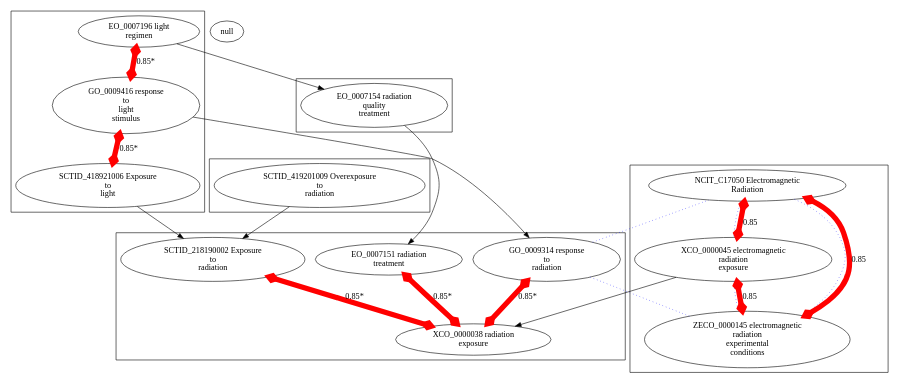
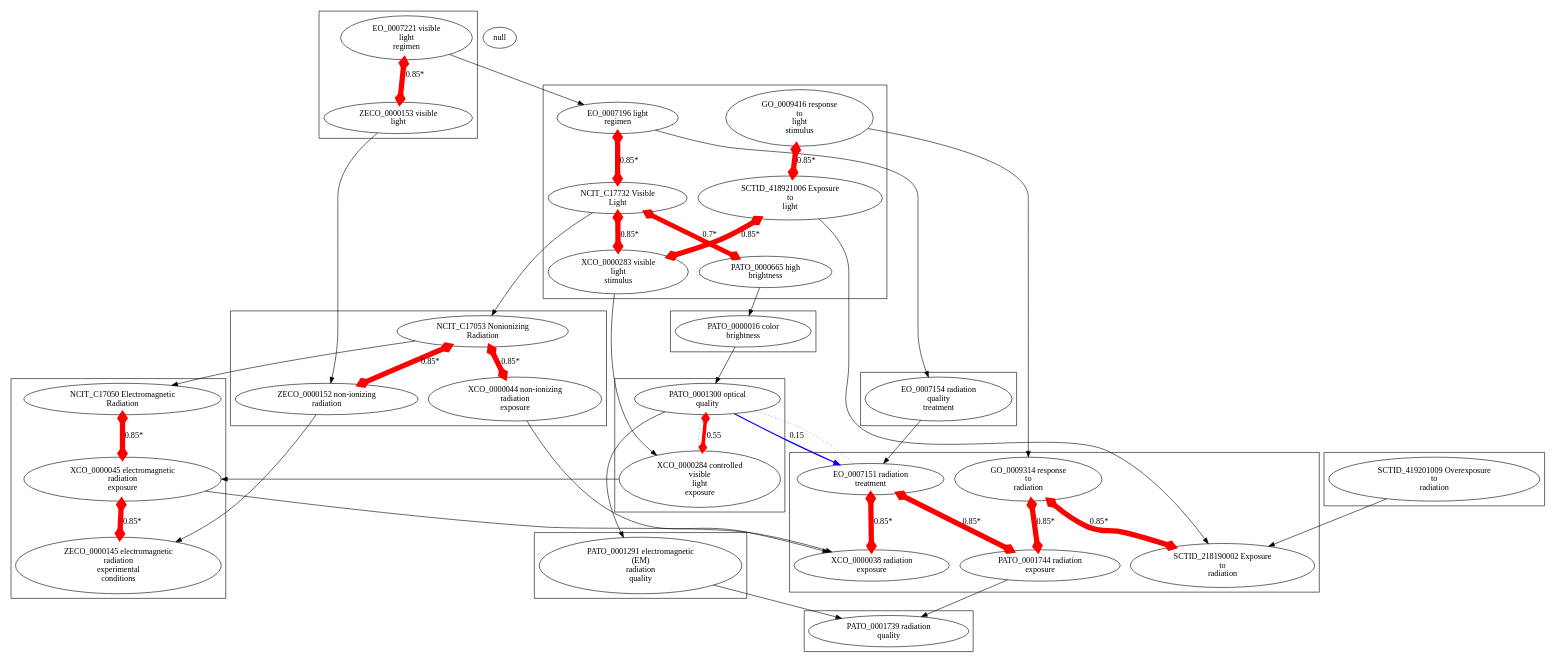
Before and after one commit to cmungall/radiation-ontology: the diagram in target/img-EO_0007154.dot, drawn with Graphviz. The commit also changed 28 other files, not shown here.

```diff
--- a/target/img-EO_0007154.dot
+++ b/target/img-EO_0007154.dot
@@ -1,76 +1,153 @@
 digraph cliquegraph {
 subgraph cluster_EO_0007154 {EO_0007154 [ label="EO_0007154 radiation
 quality
 treatment" ];}
 
+subgraph cluster_PATO_0001744 {PATO_0001744 [ label="PATO_0001744 radiation
+exposure" ];
+GO_0009314 [ label="GO_0009314 response
+to
+radiation" ];
+EO_0007151 [ label="EO_0007151 radiation
+treatment" ];
+XCO_0000038 [ label="XCO_0000038 radiation
+exposure" ];
+SCTID_218190002 [ label="SCTID_218190002 Exposure
+to
+radiation" ];}
+
+subgraph cluster_PATO_0000016 {PATO_0000016 [ label="PATO_0000016 color
+brightness" ];}
+
+subgraph cluster_ZECO_0000153 {ZECO_0000153 [ label="ZECO_0000153 visible
+light" ];
+EO_0007221 [ label="EO_0007221 visible
+light
+regimen" ];}
+
+subgraph cluster_SCTID_419201009 {SCTID_419201009 [ label="SCTID_419201009 Overexposure
+to
+radiation" ];}
+
 subgraph cluster_EO_0007196 {EO_0007196 [ label="EO_0007196 light
 regimen" ];
+PATO_0000665 [ label="PATO_0000665 high
+brightness" ];
+XCO_0000283 [ label="XCO_0000283 visible
+light
+stimulus" ];
+NCIT_C17732 [ label="NCIT_C17732 Visible
+Light" ];
 GO_0009416 [ label="GO_0009416 response
 to
 light
 stimulus" ];
 SCTID_418921006 [ label="SCTID_418921006 Exposure
 to
 light" ];}
-
-subgraph cluster_SCTID_419201009 {SCTID_419201009 [ label="SCTID_419201009 Overexposure
-to
-radiation" ];}
 
 subgraph cluster_ZECO_0000145 {ZECO_0000145 [ label="ZECO_0000145 electromagnetic
 radiation
 experimental
 conditions" ];
 NCIT_C17050 [ label="NCIT_C17050 Electromagnetic
 Radiation" ];
 XCO_0000045 [ label="XCO_0000045 electromagnetic
 radiation
 exposure" ];}
 
-subgraph cluster_GO_0009314 {GO_0009314 [ label="GO_0009314 response
-to
+subgraph cluster_PATO_0001739 {PATO_0001739 [ label="PATO_0001739 radiation
+quality" ];}
+
+subgraph cluster_ZECO_0000152 {ZECO_0000152 [ label="ZECO_0000152 non-ionizing
 radiation" ];
-EO_0007151 [ label="EO_0007151 radiation
-treatment" ];
-XCO_0000038 [ label="XCO_0000038 radiation
+NCIT_C17053 [ label="NCIT_C17053 Nonionizing
+Radiation" ];
+XCO_0000044 [ label="XCO_0000044 non-ionizing
+radiation
+exposure" ];}
+
+subgraph cluster_XCO_0000284 {XCO_0000284 [ label="XCO_0000284 controlled
+visible
+light
 exposure" ];
-SCTID_218190002 [ label="SCTID_218190002 Exposure
-to
-radiation" ];}
+PATO_0001300 [ label="PATO_0001300 optical
+quality" ];}
+
+subgraph cluster_PATO_0001291 {PATO_0001291 [ label="PATO_0001291 electromagnetic
+(EM)
+radiation
+quality" ];}
+EO_0007154 -> EO_0007151 [ arrowhead = normal, penwidth=1, color=black, label="", style=solid]
+
+ZECO_0000152 -> ZECO_0000145 [ arrowhead = normal, penwidth=1, color=black, label="", style=solid]
+
+EO_0007221 -> EO_0007196 [ arrowhead = normal, penwidth=1, color=black, label="", style=solid]
+
+XCO_0000044 -> XCO_0000038 [ arrowhead = normal, penwidth=1, color=black, label="", style=solid]
+
+NCIT_C17053 -> NCIT_C17050 [ arrowhead = normal, penwidth=1, color=black, label="", style=solid]
+
+PATO_0001300 -> PATO_0001291 [ arrowhead = normal, penwidth=1, color=black, label="", style=solid]
+
 XCO_0000045 -> XCO_0000038 [ arrowhead = normal, penwidth=1, color=black, label="", style=solid]
 
 SCTID_419201009 -> SCTID_218190002 [ arrowhead = normal, penwidth=1, color=black, label="", style=solid]
 
+XCO_0000284 -> XCO_0000045 [ arrowhead = normal, penwidth=1, color=black, label="", style=solid]
+
 SCTID_418921006 -> SCTID_218190002 [ arrowhead = normal, penwidth=1, color=black, label="", style=solid]
-
-EO_0007154 -> EO_0007151 [ arrowhead = normal, penwidth=1, color=black, label="", style=solid]
 
 GO_0009416 -> GO_0009314 [ arrowhead = normal, penwidth=1, color=black, label="", style=solid]
 
 null
+NCIT_C17732 -> NCIT_C17053 [ arrowhead = normal, penwidth=1, color=black, label="", style=solid]
+
+PATO_0000665 -> PATO_0000016 [ arrowhead = normal, penwidth=1, color=black, label="", style=solid]
+
+XCO_0000283 -> XCO_0000284 [ arrowhead = normal, penwidth=1, color=black, label="", style=solid]
+
+PATO_0001744 -> PATO_0001739 [ arrowhead = normal, penwidth=1, color=black, label="", style=solid]
+
+PATO_0000016 -> PATO_0001300 [ arrowhead = normal, penwidth=1, color=black, label="", style=solid]
+
+ZECO_0000153 -> ZECO_0000152 [ arrowhead = normal, penwidth=1, color=black, label="", style=solid]
+
 EO_0007196 -> EO_0007154 [ arrowhead = normal, penwidth=1, color=black, label="", style=solid]
-GO_0009314 -> ZECO_0000145 [ arrowhead = none, penwidth=1, color=blue, label="", style=dotted]
 
-NCIT_C17050 -> ZECO_0000145 [ arrowhead = none, penwidth=1, color=blue, label="", style=dotted]
+PATO_0001291 -> PATO_0001739 [ arrowhead = normal, penwidth=1, color=black, label="", style=solid]
+EO_0007151 -> PATO_0001300 [ arrowhead = none, penwidth=1, color=blue, label="", style=dotted]
 
-GO_0009314 -> NCIT_C17050 [ arrowhead = none, penwidth=1, color=blue, label="", style=dotted]
+PATO_0001300 -> XCO_0000284 [ arrowhead = none, penwidth=1, color=blue, label="", style=dotted]
+GO_0009314 -> PATO_0001744 [ arrowhead = ediamond, penwidth=9, color=red, label="0.85*", style=solid, arrowtail=ediamond, dir=both]
 
-XCO_0000045 -> ZECO_0000145 [ arrowhead = none, penwidth=1, color=blue, label="", style=dotted]
+PATO_0001300 -> XCO_0000284 [ arrowhead = ediamond, penwidth=6, color=red, label="0.55", style=solid, arrowtail=ediamond, dir=both]
 
-NCIT_C17050 -> XCO_0000045 [ arrowhead = none, penwidth=1, color=blue, label="", style=dotted]
+NCIT_C17053 -> XCO_0000044 [ arrowhead = ediamond, penwidth=9, color=red, label="0.85*", style=solid, arrowtail=ediamond, dir=both]
+
+NCIT_C17050 -> XCO_0000045 [ arrowhead = ediamond, penwidth=9, color=red, label="0.85*", style=solid, arrowtail=ediamond, dir=both]
+
+EO_0007151 -> PATO_0001744 [ arrowhead = ediamond, penwidth=9, color=red, label="0.85*", style=solid, arrowtail=ediamond, dir=both]
+
 GO_0009416 -> SCTID_418921006 [ arrowhead = ediamond, penwidth=9, color=red, label="0.85*", style=solid, arrowtail=ediamond, dir=both]
 
-XCO_0000045 -> ZECO_0000145 [ arrowhead = ediamond, penwidth=9, color=red, label="0.85", style=solid, arrowtail=ediamond, dir=both]
+PATO_0001300 -> EO_0007151 [ arrowhead = normal, penwidth=2, color=blue, label="0.15", style=solid]
 
-NCIT_C17050 -> XCO_0000045 [ arrowhead = ediamond, penwidth=9, color=red, label="0.85", style=solid, arrowtail=ediamond, dir=both]
+NCIT_C17053 -> ZECO_0000152 [ arrowhead = ediamond, penwidth=9, color=red, label="0.85*", style=solid, arrowtail=ediamond, dir=both]
+
+XCO_0000045 -> ZECO_0000145 [ arrowhead = ediamond, penwidth=9, color=red, label="0.85*", style=solid, arrowtail=ediamond, dir=both]
+
+GO_0009314 -> SCTID_218190002 [ arrowhead = ediamond, penwidth=9, color=red, label="0.85*", style=solid, arrowtail=ediamond, dir=both]
+
+EO_0007196 -> NCIT_C17732 [ arrowhead = ediamond, penwidth=9, color=red, label="0.85*", style=solid, arrowtail=ediamond, dir=both]
+
+NCIT_C17732 -> PATO_0000665 [ arrowhead = ediamond, penwidth=8, color=red, label="0.7*", style=solid, arrowtail=ediamond, dir=both]
 
 EO_0007151 -> XCO_0000038 [ arrowhead = ediamond, penwidth=9, color=red, label="0.85*", style=solid, arrowtail=ediamond, dir=both]
 
-GO_0009314 -> XCO_0000038 [ arrowhead = ediamond, penwidth=9, color=red, label="0.85*", style=solid, arrowtail=ediamond, dir=both]
+NCIT_C17732 -> XCO_0000283 [ arrowhead = ediamond, penwidth=9, color=red, label="0.85*", style=solid, arrowtail=ediamond, dir=both]
 
-NCIT_C17050 -> ZECO_0000145 [ arrowhead = ediamond, penwidth=9, color=red, label="0.85", style=solid, arrowtail=ediamond, dir=both]
+SCTID_418921006 -> XCO_0000283 [ arrowhead = ediamond, penwidth=9, color=red, label="0.85*", style=solid, arrowtail=ediamond, dir=both]
 
-SCTID_218190002 -> XCO_0000038 [ arrowhead = ediamond, penwidth=9, color=red, label="0.85*", style=solid, arrowtail=ediamond, dir=both]
-
-EO_0007196 -> GO_0009416 [ arrowhead = ediamond, penwidth=9, color=red, label="0.85*", style=solid, arrowtail=ediamond, dir=both]
+EO_0007221 -> ZECO_0000153 [ arrowhead = ediamond, penwidth=9, color=red, label="0.85*", style=solid, arrowtail=ediamond, dir=both]
 }
```
